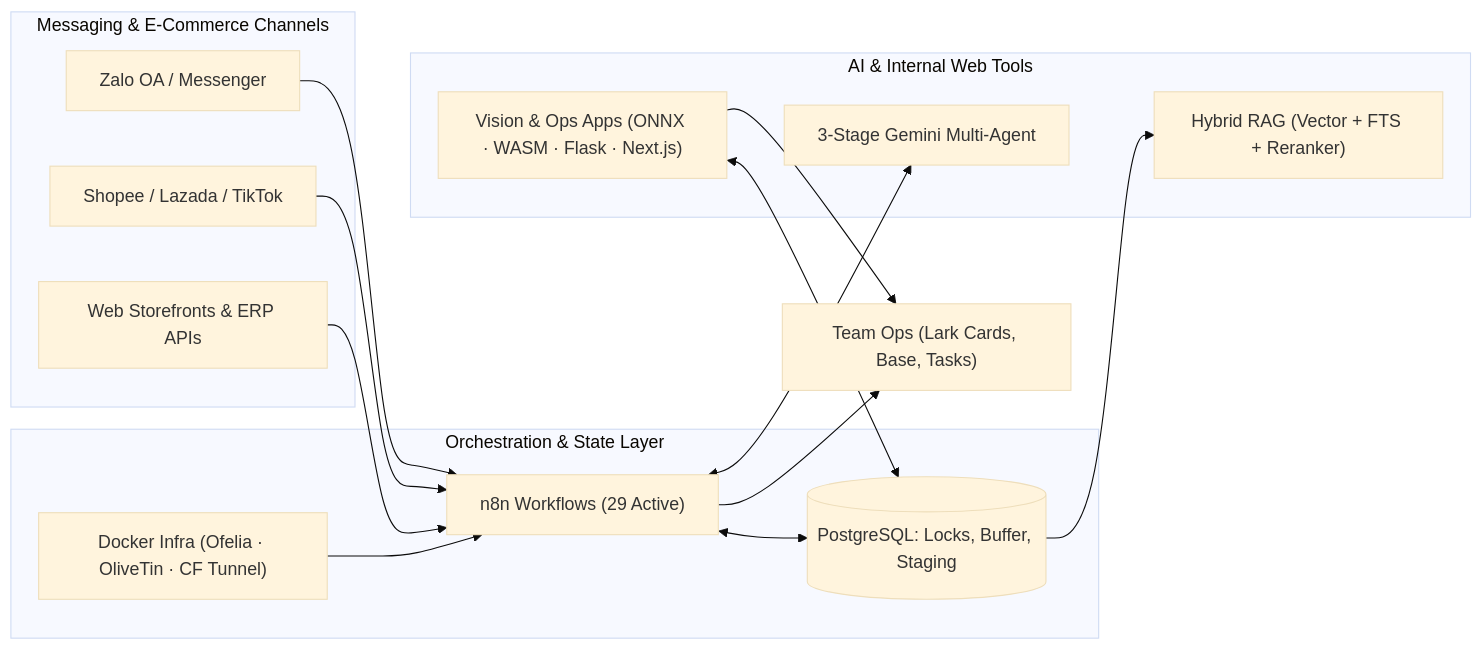
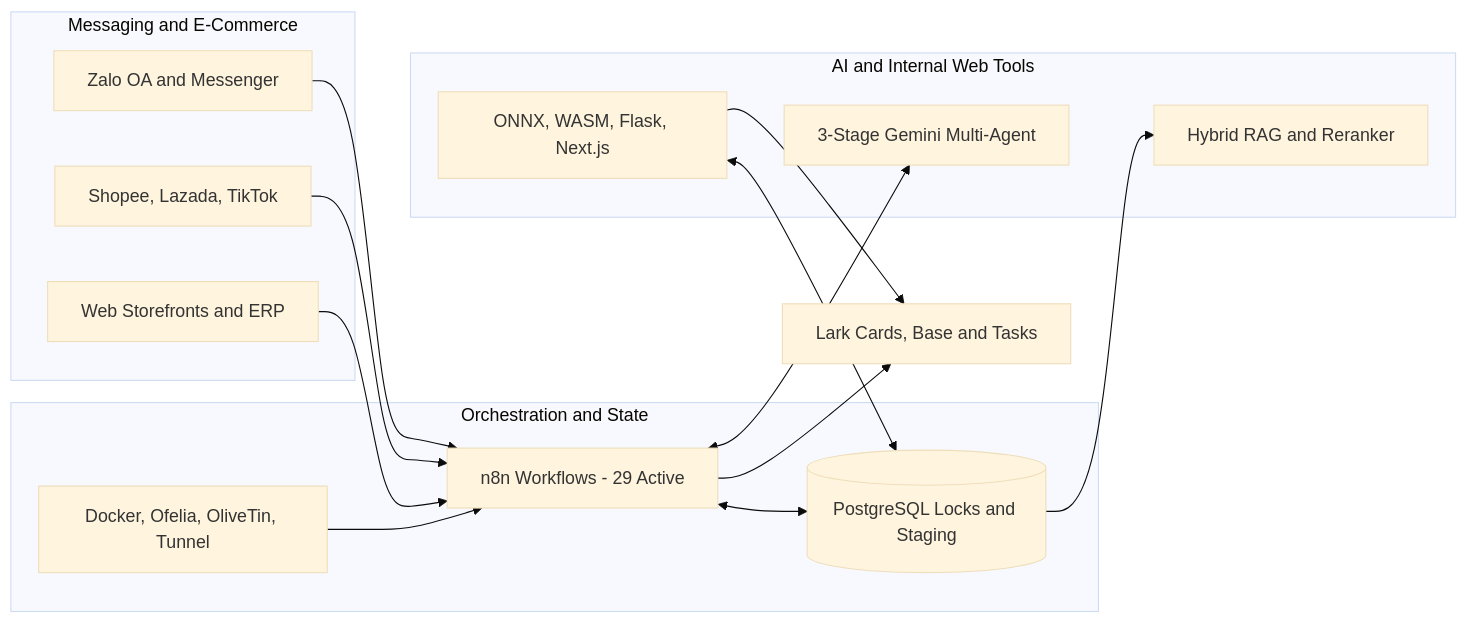
Before and after one commit to voduybaokhanh/voduybaokhanh: the diagram in README.md, drawn with Mermaid (base theme). The commit also changed other lines of this file, not shown here.

Commit message:
fix: repair mermaid diagram, github stats URLs, and add activity marker

````diff
--- a/README.md
+++ b/README.md
@@ -42,33 +42,33 @@
 ```mermaid
 flowchart LR
-  subgraph Channels["Messaging & E-Commerce Channels"]
-    Z[Zalo OA / Messenger]
-    M[Shopee / Lazada / TikTok]
-    W[Web Storefronts & ERP APIs]
+  subgraph Channels["Messaging and E-Commerce"]
+    Z["Zalo OA and Messenger"]
+    M["Shopee, Lazada, TikTok"]
+    W["Web Storefronts and ERP"]
   end
 
-  subgraph Core["Orchestration & State Layer"]
-    N["n8n Workflows (29 Active)"]
-    P[(PostgreSQL: Locks, Buffer, Staging)]
-    D["Docker Infra (Ofelia · OliveTin · CF Tunnel)"]
+  subgraph Core["Orchestration and State"]
+    N["n8n Workflows - 29 Active"]
+    P[("PostgreSQL Locks and Staging")]
+    D["Docker, Ofelia, OliveTin, Tunnel"]
   end
 
-  subgraph Intelligence["AI & Internal Web Tools"]
+  subgraph Intelligence["AI and Internal Web Tools"]
     A["3-Stage Gemini Multi-Agent"]
-    R["Hybrid RAG (Vector + FTS + Reranker)"]
-    V["Vision & Ops Apps (ONNX · WASM · Flask · Next.js)"]
+    R["Hybrid RAG and Reranker"]
+    V["ONNX, WASM, Flask, Next.js"]
   end
 
-  L["Team Ops (Lark Cards, Base, Tasks)"]
+  L["Lark Cards, Base and Tasks"]
 
   Z --> N
   M --> N
   W --> N
   N <--> P
   D --> N
   N <--> A
   P --> R
   N --> L
   V <--> P
   V --> L
 ```
````
